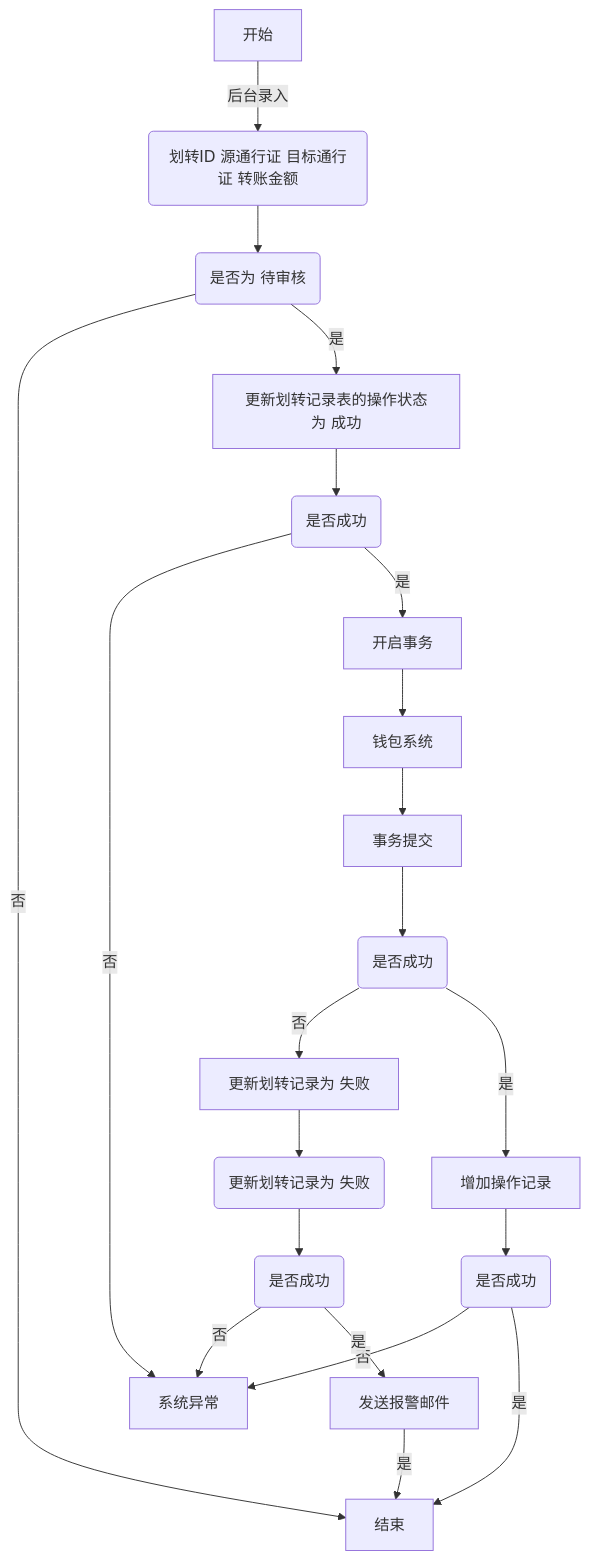
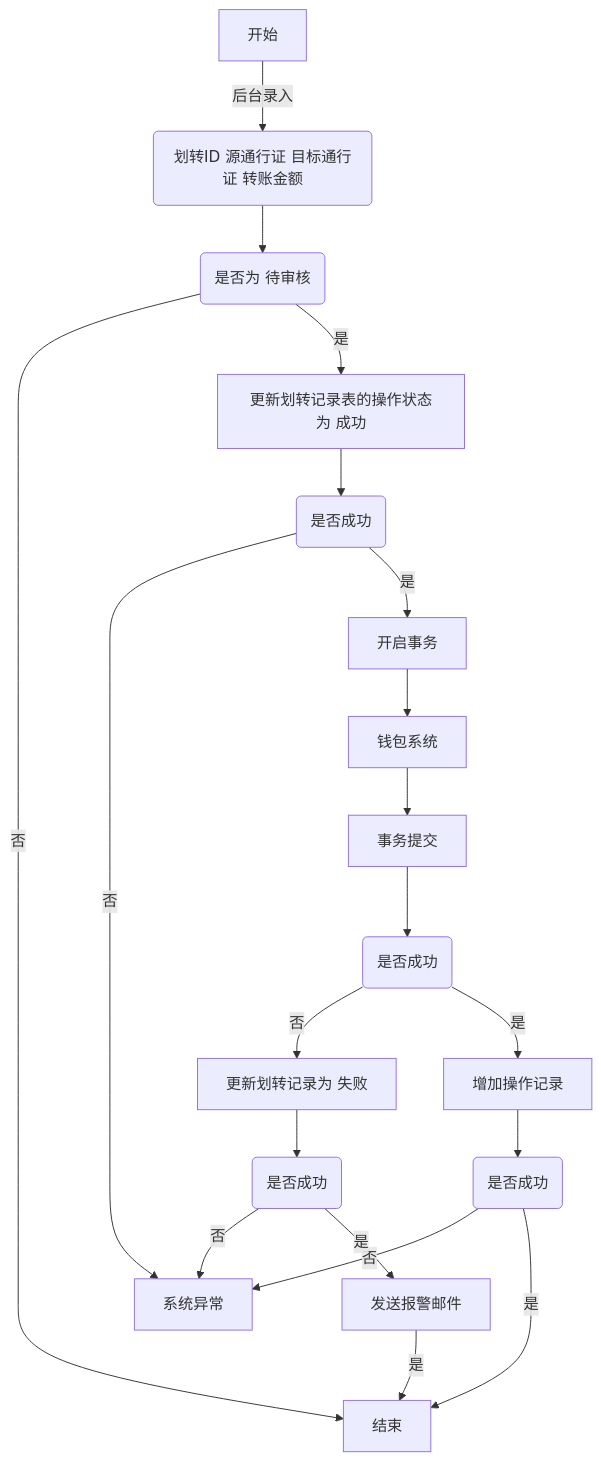
The diagram in README.md (ma-luyang/shimobang), drawn with Mermaid before and after one commit.

````diff
--- a/README.md
+++ b/README.md
@@ -3,29 +3,28 @@
 ```mermaid
 flowchart TB
     A[开始] -->|后台录入| B(划转ID 源通行证 目标通行证 转账金额)
     
     B --> C(是否为 待审核);
     C -->|否|Z[结束];
     C -->|是|D[更新划转记录表的操作状态为 成功];
     
     D --> E(是否成功);
     E -->|否|X[系统异常];
     E -->|是|F[开启事务];
     F --> G[钱包系统];
     G --> H[事务提交];
     
     H --> I(是否成功);
     I -->|否|J[更新划转记录为 失败];
     I -->|是|K[增加操作记录];
     
     K --> L(是否成功);
     L -->|否|X[系统异常];
     L -->|是|Z[结束];
     
-    J --> M(更新划转记录为 失败);
-    M --> N(是否成功);
-    N -->|否|X[系统异常];
-    N -->|是|O[发送报警邮件];
-    O -->|是|Z[结束];
+    J --> M(是否成功);
+    M -->|否|X[系统异常];
+    M -->|是|N[发送报警邮件];
+    N -->|是|Z[结束];
     
 ```
````
